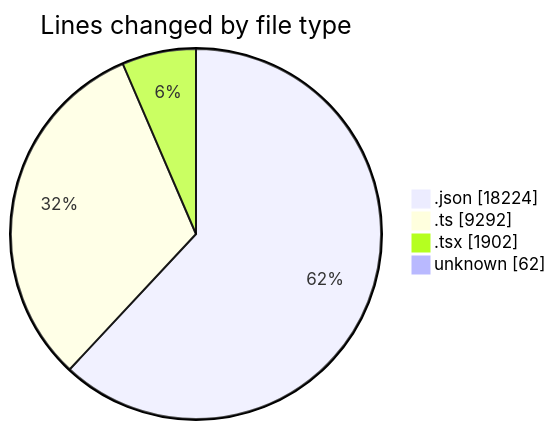
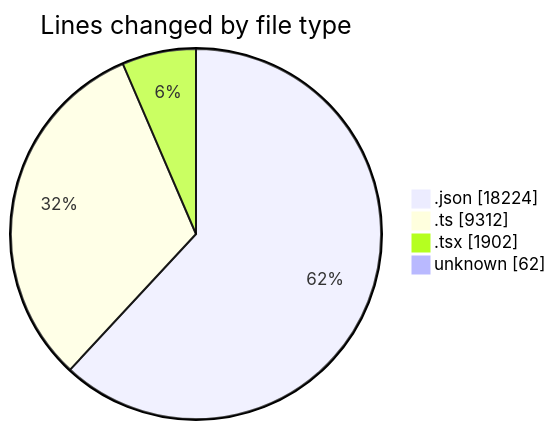
The first of 2 diagrams in 2025-05-09/ecodeli/README.md (CELIANVF/code-tracking), drawn with Mermaid before and after one commit. The commit also changed other lines of this file and 1 other file, not shown here.

````diff
--- a/2025-05-09/ecodeli/README.md
+++ b/2025-05-09/ecodeli/README.md
@@ -35,8 +35,8 @@
 ```mermaid
 pie showData
 title Lines changed by file type
 ".json" : 18224
-".ts" : 9292
+".ts" : 9312
 ".tsx" : 1902
 "unknown" : 62
 ```
````
